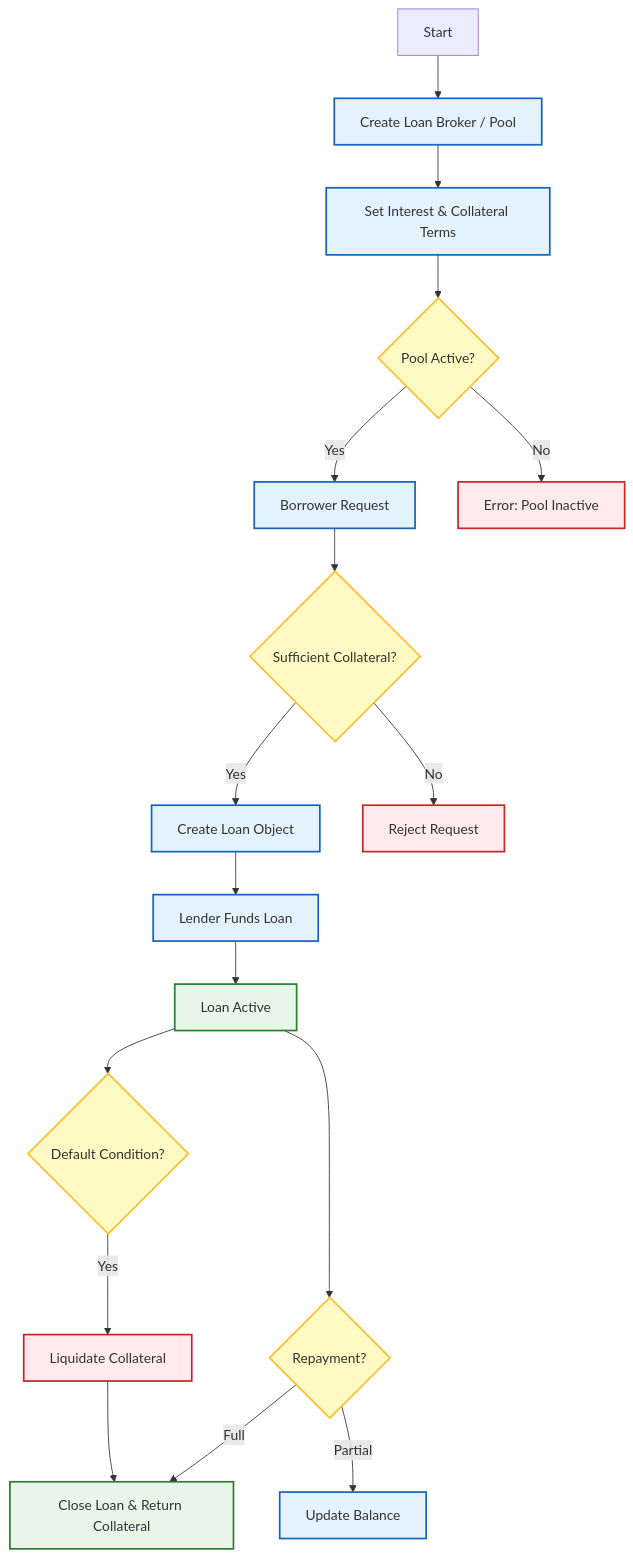
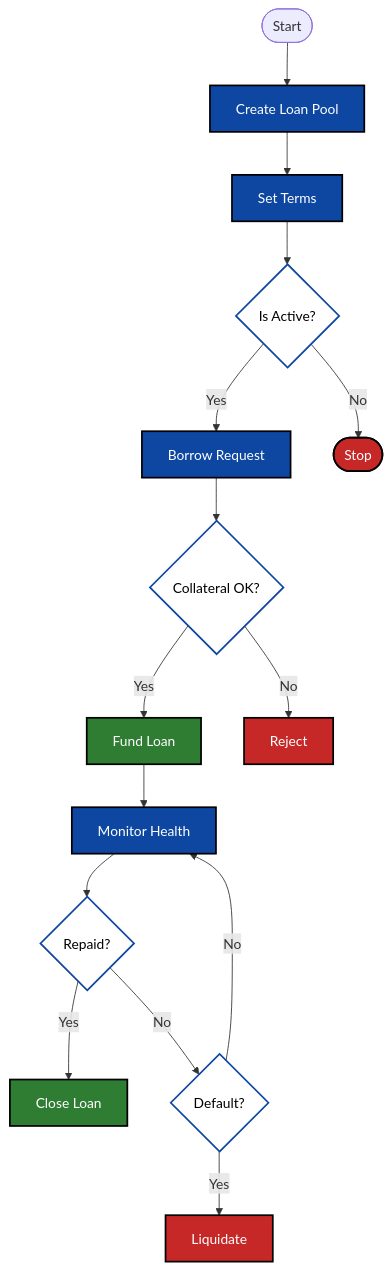
One commit to MrDecryptDecipher/xrpl-institutional-fund-management changed the seventh of 17 diagrams in README.md. Above: the diagram before and after it, drawn with Mermaid. The commit also changed other lines of this file, not shown here.

Commit message:
docs: final polish of readme with high-contrast diagrams and fixes

````diff
--- a/README.md
+++ b/README.md
@@ -334,30 +285,28 @@
 ```mermaid
-flowchart TD
-    %% Styles
-    classDef process fill:#e3f2fd,stroke:#1565c0,stroke-width:2px;
-    classDef decision fill:#fff9c4,stroke:#fbc02d,stroke-width:2px;
-    classDef error fill:#ffebee,stroke:#c62828,stroke-width:2px;
-    classDef success fill:#e8f5e9,stroke:#2e7d32,stroke-width:2px;
+graph TD
+    %% Theme: Institutional
+    classDef primary fill:#0D47A1,stroke:#000,stroke-width:2px,color:#fff;
+    classDef decision fill:#fff,stroke:#0D47A1,stroke-width:2px,color:#000;
+    classDef success fill:#2E7D32,stroke:#000,stroke-width:2px,color:#fff;
+    classDef error fill:#C62828,stroke:#000,stroke-width:2px,color:#fff;
 
-    Start[Start] --> CreatePool[Create Loan Broker / Pool]:::process
-    CreatePool --> SetTerms[Set Interest & Collateral Terms]:::process
-    SetTerms --> ActivePool{Pool Active?}:::decision
+    Start([Start]) --> CreatePool[Create Loan Pool]:::primary
+    CreatePool --> Terms[Set Terms]:::primary
+    Terms --> Active{Is Active?}:::decision
     
-    ActivePool -- Yes --> Borrower[Borrower Request]:::process
-    ActivePool -- No --> Error[Error: Pool Inactive]:::error
+    Active -- Yes --> Request[Borrow Request]:::primary
+    Active -- No --> Stop([Stop]):::error
 
-    Borrower --> CheckCollateral{Sufficient Collateral?}:::decision
-    CheckCollateral -- Yes --> CreateLoan[Create Loan Object]:::process
-    CheckCollateral -- No --> Reject[Reject Request]:::error
+    Request --> Collateral{Collateral OK?}:::decision
+    Collateral -- Yes --> Fund[Fund Loan]:::success
+    Collateral -- No --> Reject[Reject]:::error
 
-    CreateLoan --> FundLoan[Lender Funds Loan]:::process
-    FundLoan --> ActiveLoan[Loan Active]:::success
+    Fund --> Monitor[Monitor Health]:::primary
+    Monitor --> Repay{Repaid?}:::decision
     
-    ActiveLoan --> Repay{Repayment?}:::decision
-    Repay -- Full --> CloseLoan[Close Loan & Return Collateral]:::success
-    Repay -- Partial --> UpdateLoan[Update Balance]:::process
+    Repay -- Yes --> Close[Close Loan]:::success
+    Repay -- No --> Default{Default?}:::decision
     
-    ActiveLoan --> Default{Default Condition?}:::decision
-    Default -- Yes --> Liquidate[Liquidate Collateral]:::error
-    Liquidate --> CloseLoan
+    Default -- Yes --> Liquidate[Liquidate]:::error
+    Default -- No --> Monitor
 ```
````
